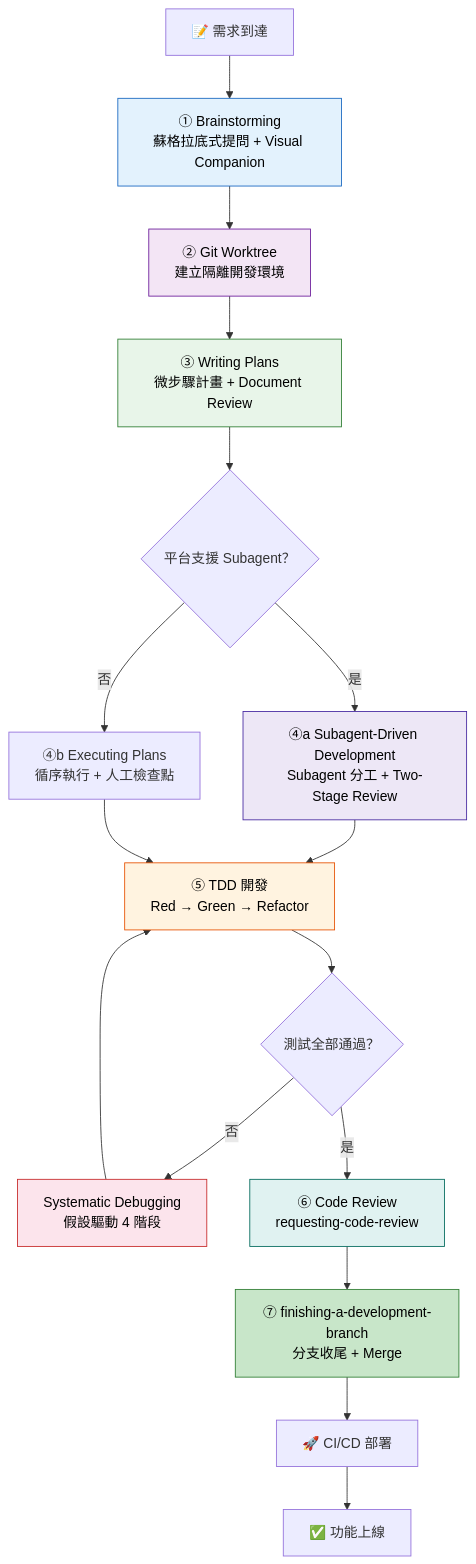
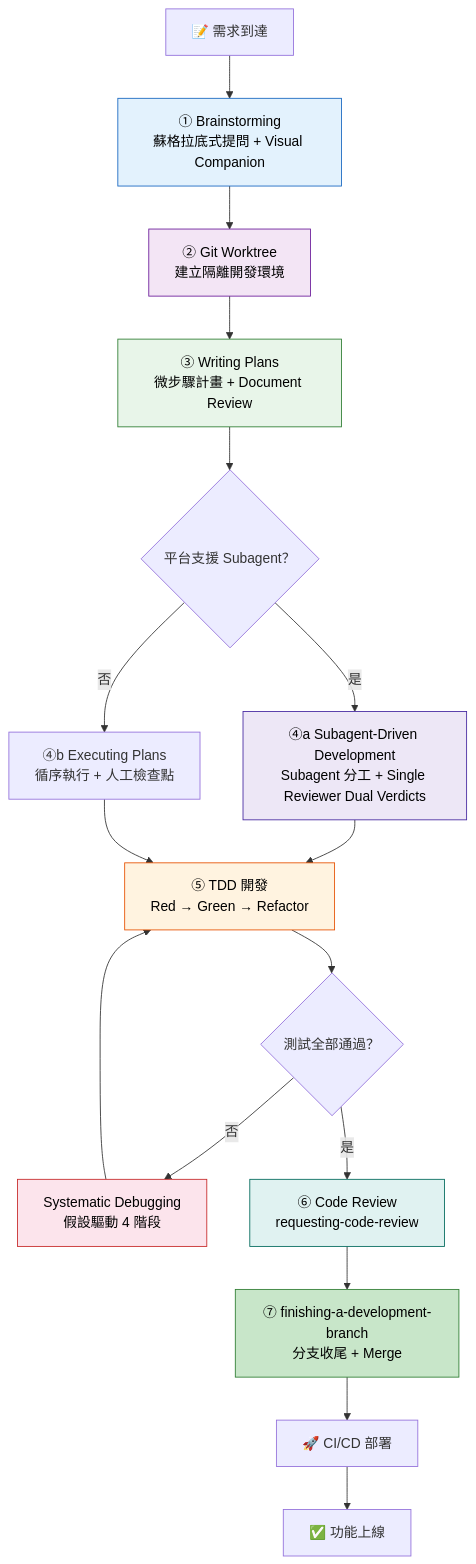
One commit to chihhung/Blog changed diagram 19 of 43 in content/posts/教學/AI開發/Superpowers教學手冊.md. Above: the diagram before and after it, drawn with Mermaid. The commit also changed other lines of this file and 22 other files, not shown here.

````diff
--- a/content/posts/教學/AI開發/Superpowers教學手冊.md
+++ b/content/posts/教學/AI開發/Superpowers教學手冊.md
@@ -1967,27 +2091,27 @@
 ```mermaid
 graph TD
     A[📝 需求到達] --> B["① Brainstorming<br/>蘇格拉底式提問 + Visual Companion"]
     B --> C["② Git Worktree<br/>建立隔離開發環境"]
     C --> D["③ Writing Plans<br/>微步驟計畫 + Document Review"]
     D --> E{"平台支援 Subagent？"}
-    E -->|是| F["④a Subagent-Driven Development<br/>Subagent 分工 + Two-Stage Review"]
+    E -->|是| F["④a Subagent-Driven Development<br/>Subagent 分工 + Single Reviewer Dual Verdicts"]
     E -->|否| F2["④b Executing Plans<br/>循序執行 + 人工檢查點"]
     F --> G["⑤ TDD 開發<br/>Red → Green → Refactor"]
     F2 --> G
     G --> H{測試全部通過？}
     H -->|否| I["Systematic Debugging<br/>假設驅動 4 階段"]
     I --> G
     H -->|是| J["⑥ Code Review<br/>requesting-code-review"]
     J --> K["⑦ finishing-a-development-branch<br/>分支收尾 + Merge"]
     K --> L[🚀 CI/CD 部署]
     L --> M[✅ 功能上線]
     
     style B fill:#e3f2fd,stroke:#1565c0,color:#000
     style C fill:#f3e5f5,stroke:#6a1b9a,color:#000
     style D fill:#e8f5e9,stroke:#2e7d32,color:#000
     style F fill:#ede7f6,stroke:#4527a0,color:#000
     style G fill:#fff3e0,stroke:#e65100,color:#000
     style I fill:#fce4ec,stroke:#c62828,color:#000
     style J fill:#e0f2f1,stroke:#00695c,color:#000
     style K fill:#c8e6c9,stroke:#2e7d32,color:#000
 ```
````
